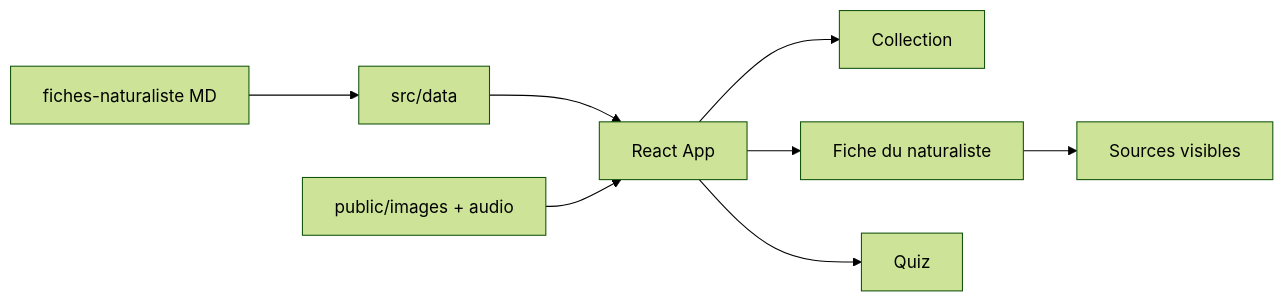
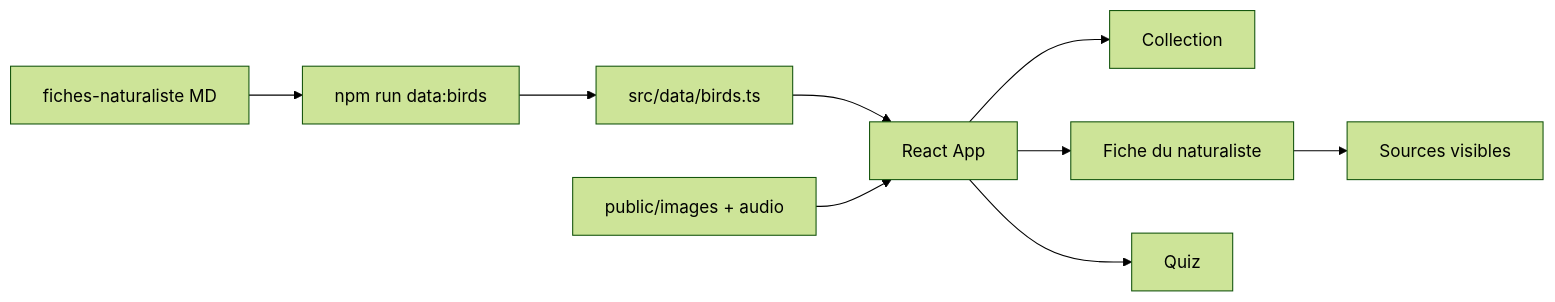
One commit to naanouff/OrnithoDex changed the diagram in documentation/projet/architecture.md. Above: the diagram before and after it, drawn with Mermaid (forest theme). The commit also changed other lines of this file and 9 other files, not shown here.

````diff
--- a/documentation/projet/architecture.md
+++ b/documentation/projet/architecture.md
@@ -14,10 +14,11 @@
 ```mermaid
 flowchart LR
-  docs[fiches-naturaliste MD] --> data[src/data]
+  docs[fiches-naturaliste MD] --> gen[npm run data:birds]
+  gen --> data[src/data/birds.ts]
   data --> app[React App]
   assets[public/images + audio] --> app
   app --> collection[Collection]
   app --> fiche[Fiche du naturaliste]
   app --> quiz[Quiz]
   fiche --> sourcesUI[Sources visibles]
 ```
````
